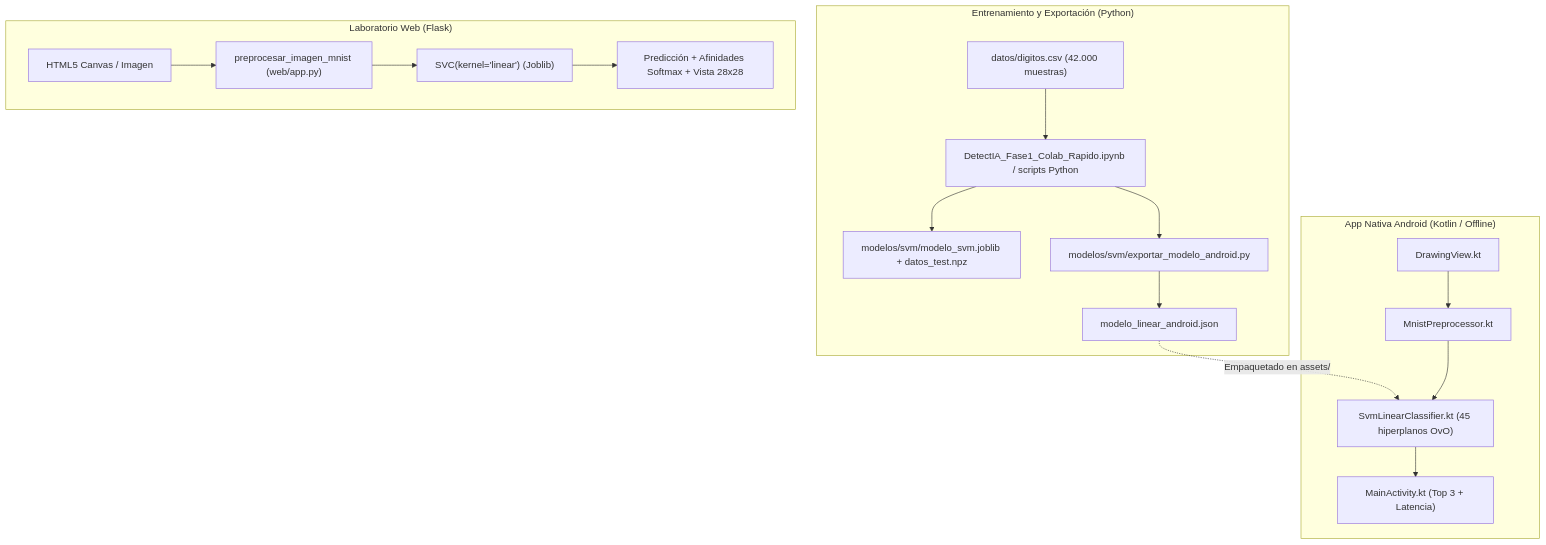
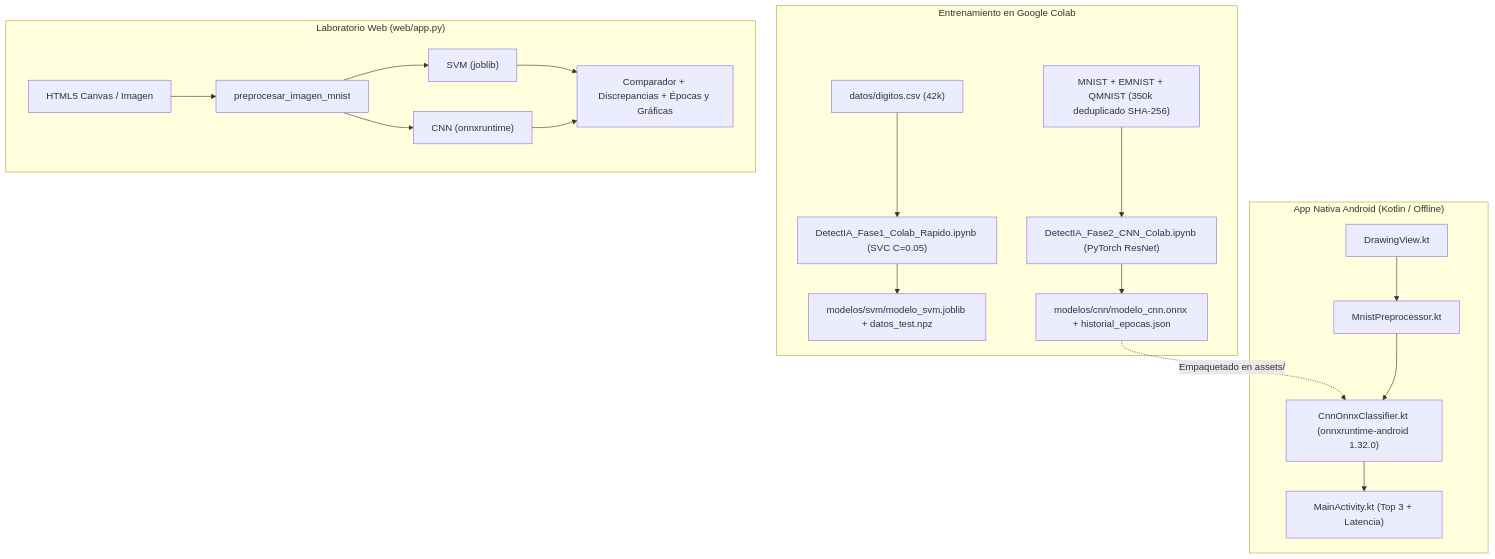
One commit to TeVerde29/DetectIA changed the diagram in README.md. Above: the diagram before and after it, drawn with Mermaid. The commit also changed other lines of this file, not shown here.

````diff
--- a/README.md
+++ b/README.md
@@ -74,22 +79,24 @@
 ```mermaid
 flowchart TD
-    subgraph Entrenamiento ["Entrenamiento y Exportación (Python)"]
-        CSV["datos/digitos.csv (42.000 muestras)"] --> Train["DetectIA_Fase1_Colab_Rapido.ipynb / scripts Python"]
-        Train --> Joblib["modelos/svm/modelo_svm.joblib + datos_test.npz"]
-        Train --> Export["modelos/svm/exportar_modelo_android.py"]
-        Export --> JsonWeights["modelo_linear_android.json"]
+    subgraph Entrenamiento ["Entrenamiento en Google Colab"]
+        CSV["datos/digitos.csv (42k)"] --> ColabSVM["DetectIA_Fase1_Colab_Rapido.ipynb (SVC C=0.05)"]
+        ColabSVM --> SvmFile["modelos/svm/modelo_svm.joblib + datos_test.npz"]
+        BigData["MNIST + EMNIST + QMNIST (350k deduplicado SHA-256)"] --> ColabCNN["DetectIA_Fase2_CNN_Colab.ipynb (PyTorch ResNet)"]
+        ColabCNN --> OnnxFile["modelos/cnn/modelo_cnn.onnx + historial_epocas.json"]
     end
 
-    subgraph Web ["Laboratorio Web (Flask)"]
-        CanvasWeb["HTML5 Canvas / Imagen"] --> PrePy["preprocesar_imagen_mnist (web/app.py)"]
-        PrePy --> SvmPy["SVC(kernel='linear') (Joblib)"]
-        SvmPy --> UiWeb["Predicción + Afinidades Softmax + Vista 28x28"]
+    subgraph Web ["Laboratorio Web (web/app.py)"]
+        CanvasWeb["HTML5 Canvas / Imagen"] --> PrePy["preprocesar_imagen_mnist"]
+        PrePy --> SvmPy["SVM (joblib)"]
+        PrePy --> CnnPy["CNN (onnxruntime)"]
+        SvmPy --> Compare["Comparador + Discrepancias + Épocas y Gráficas"]
+        CnnPy --> Compare
     end
 
     subgraph Android ["App Nativa Android (Kotlin / Offline)"]
         Touch["DrawingView.kt"] --> PreKt["MnistPreprocessor.kt"]
-        JsonWeights -.->|"Empaquetado en assets/"| SvmKt["SvmLinearClassifier.kt (45 hiperplanos OvO)"]
-        PreKt --> SvmKt
-        SvmKt --> UiKt["MainActivity.kt (Top 3 + Latencia)"]
+        OnnxFile -.->|"Empaquetado en assets/"| CnnKt["CnnOnnxClassifier.kt (onnxruntime-android 1.32.0)"]
+        PreKt --> CnnKt
+        CnnKt --> UiKt["MainActivity.kt (Top 3 + Latencia)"]
     end
 ```
````
